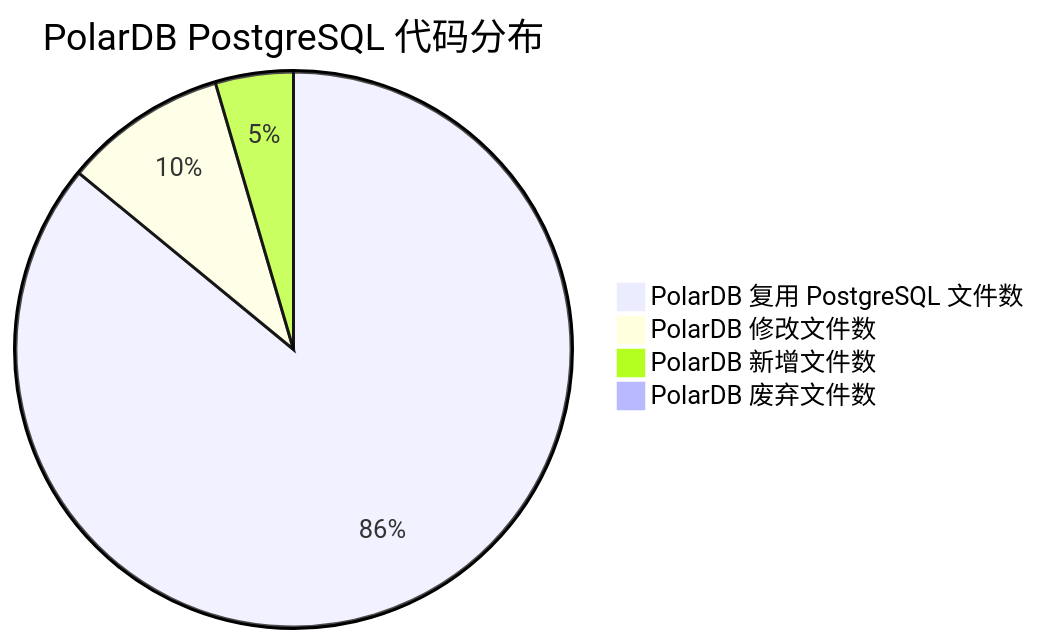
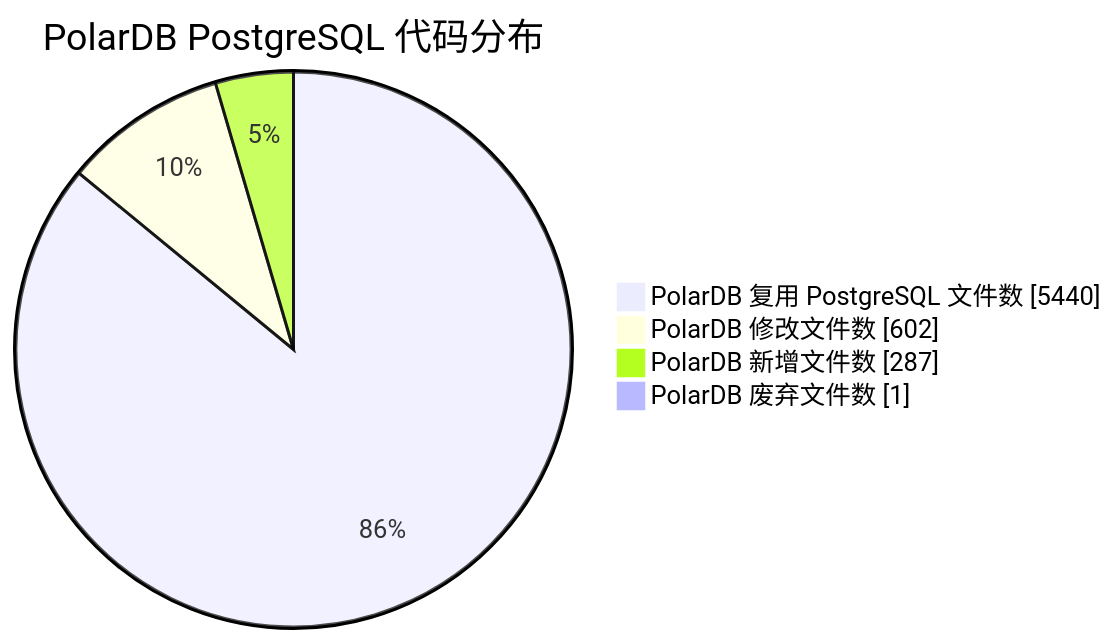
The diagram in 202502/20250217_01.md (digoal/blog), drawn with Mermaid before and after one commit. The commit also changed other lines of this file, not shown here.

````diff
--- a/202502/20250217_01.md
+++ b/202502/20250217_01.md
@@ -17,8 +17,8 @@
 ```mermaid
-pie
+pie showData
     title PolarDB PostgreSQL 代码分布
     "PolarDB 复用 PostgreSQL 文件数": 5440
     "PolarDB 修改文件数": 602
     "PolarDB 新增文件数": 287
     "PolarDB 废弃文件数": 1
 ```
````
